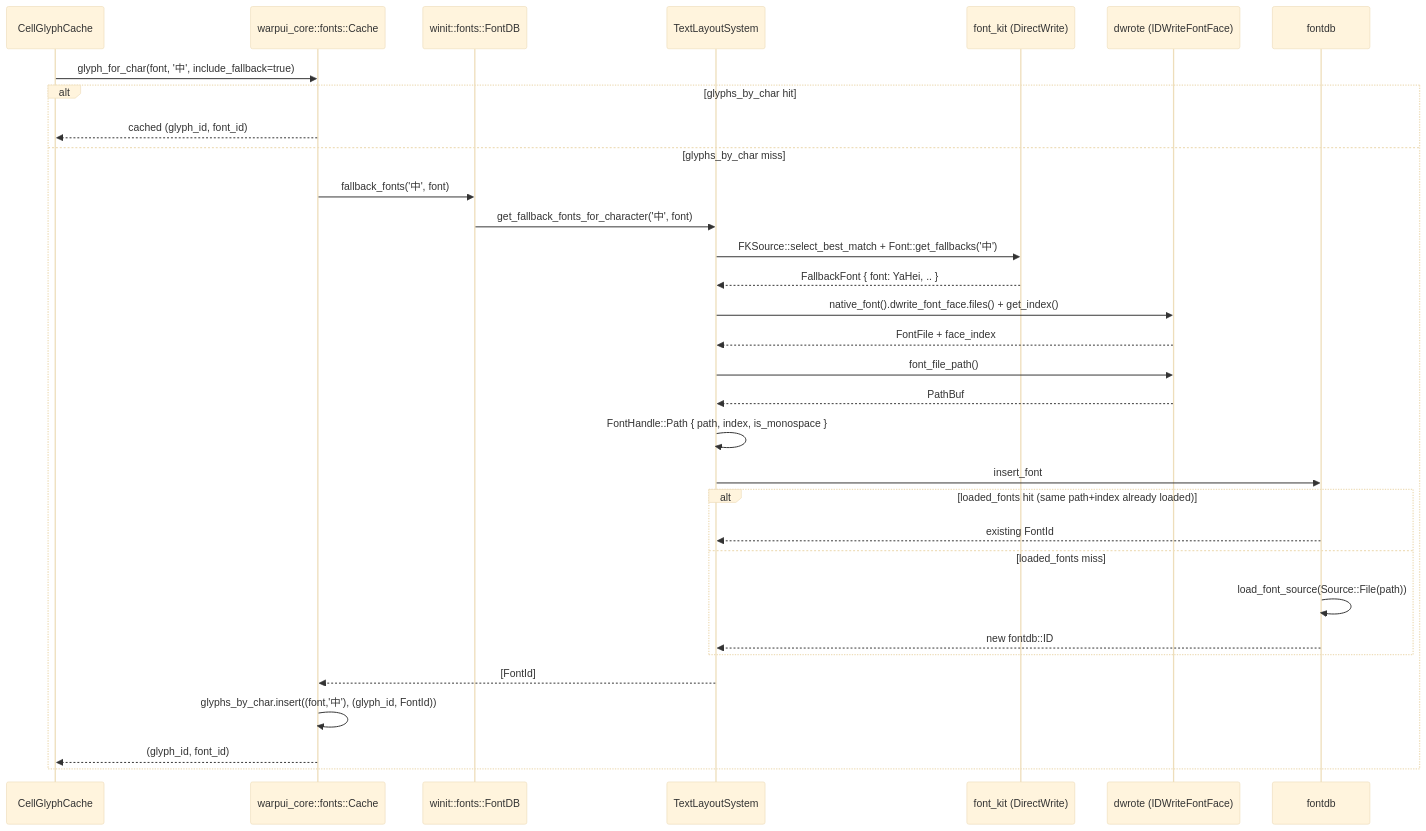
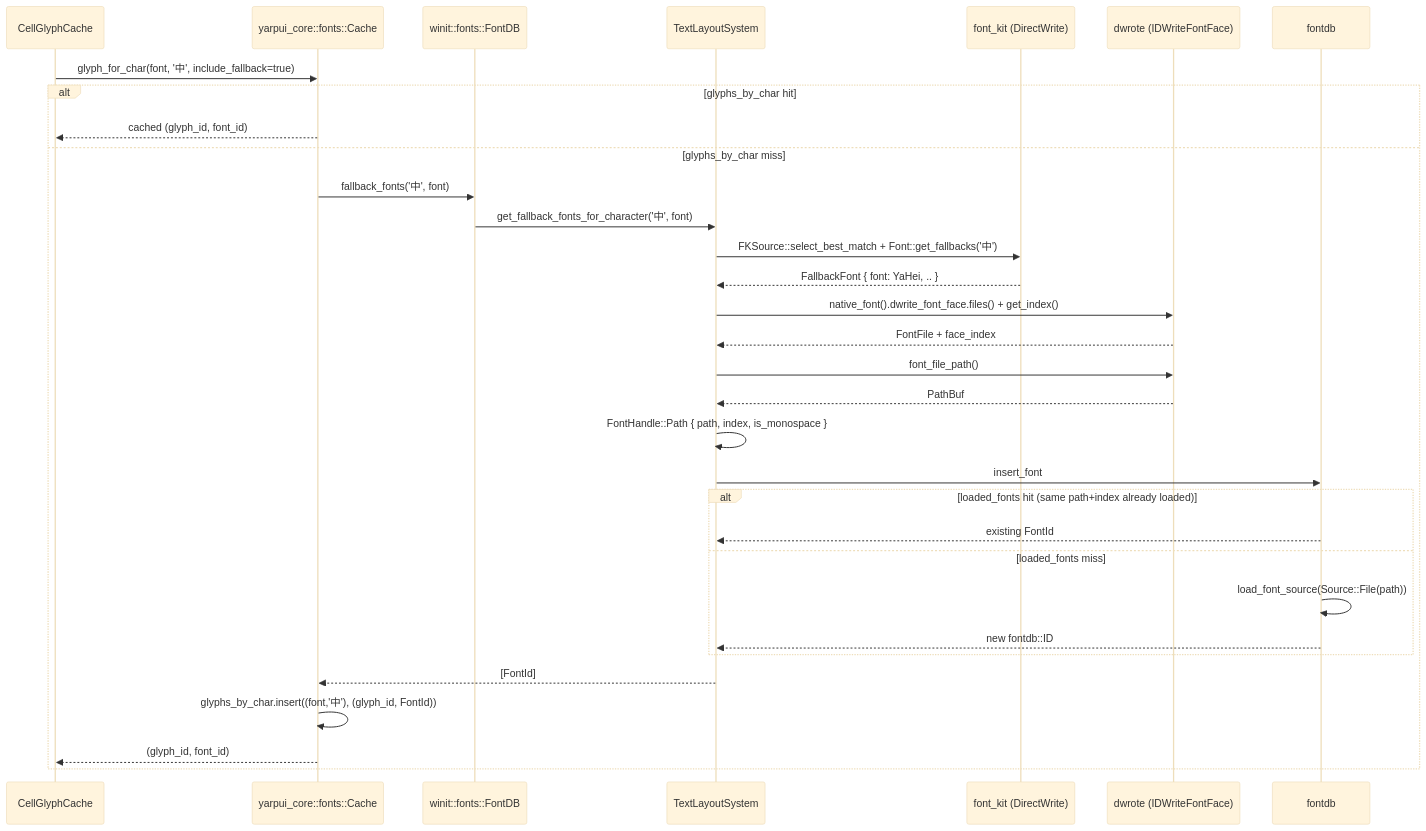
One commit to nikhilramakrishnan/yarp changed the diagram in specs/APP-4098/TECH.md. Above: the diagram before and after it, drawn with Mermaid (base theme). The commit also changed other lines of this file and 516 other files, not shown here.

````diff
--- a/specs/APP-4098/TECH.md
+++ b/specs/APP-4098/TECH.md
@@ -60,34 +60,34 @@
 ```mermaid
 sequenceDiagram
     participant Grid as CellGlyphCache
-    participant Cache as warpui_core::fonts::Cache
+    participant Cache as yarpui_core::fonts::Cache
     participant FontDB as winit::fonts::FontDB
     participant TLS as TextLayoutSystem
     participant FK as font_kit (DirectWrite)
     participant DW as dwrote (IDWriteFontFace)
     participant FdB as fontdb
     Grid->>Cache: glyph_for_char(font, '中', include_fallback=true)
     alt glyphs_by_char hit
         Cache-->>Grid: cached (glyph_id, font_id)
     else glyphs_by_char miss
         Cache->>FontDB: fallback_fonts('中', font)
         FontDB->>TLS: get_fallback_fonts_for_character('中', font)
         TLS->>FK: FKSource::select_best_match + Font::get_fallbacks('中')
         FK-->>TLS: FallbackFont { font: YaHei, .. }
         TLS->>DW: native_font().dwrite_font_face.files() + get_index()
         DW-->>TLS: FontFile + face_index
         TLS->>DW: font_file_path()
         DW-->>TLS: PathBuf
         TLS->>TLS: FontHandle::Path { path, index, is_monospace }
         TLS->>FdB: insert_font
         alt loaded_fonts hit (same path+index already loaded)
             FdB-->>TLS: existing FontId
         else loaded_fonts miss
             FdB->>FdB: load_font_source(Source::File(path))
             FdB-->>TLS: new fontdb::ID
         end
         TLS-->>Cache: [FontId]
         Cache->>Cache: glyphs_by_char.insert((font,'中'), (glyph_id, FontId))
         Cache-->>Grid: (glyph_id, font_id)
     end
 ```
````
